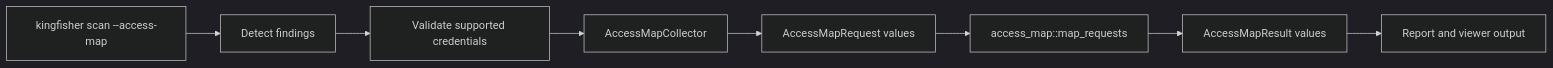
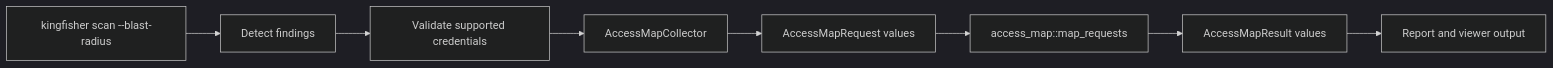
Before and after one commit to mongodb/kingfisher: the second of 3 diagrams in docs-site/docs/features/access-map.md, drawn with Mermaid (dark theme). The commit also changed other lines of this file and 28 other files, not shown here.

````diff
--- a/docs-site/docs/features/access-map.md
+++ b/docs-site/docs/features/access-map.md
@@ -45,10 +45,10 @@
 ```mermaid
 flowchart LR
-    Scan[kingfisher scan --access-map] --> Detect[Detect findings]
+    Scan[kingfisher scan --blast-radius] --> Detect[Detect findings]
     Detect --> Validate[Validate supported credentials]
     Validate --> Collect[AccessMapCollector]
     Collect --> Requests[AccessMapRequest values]
     Requests --> Map[access_map::map_requests]
     Map --> Results[AccessMapResult values]
     Results --> Report[Report and viewer output]
 ```
````
